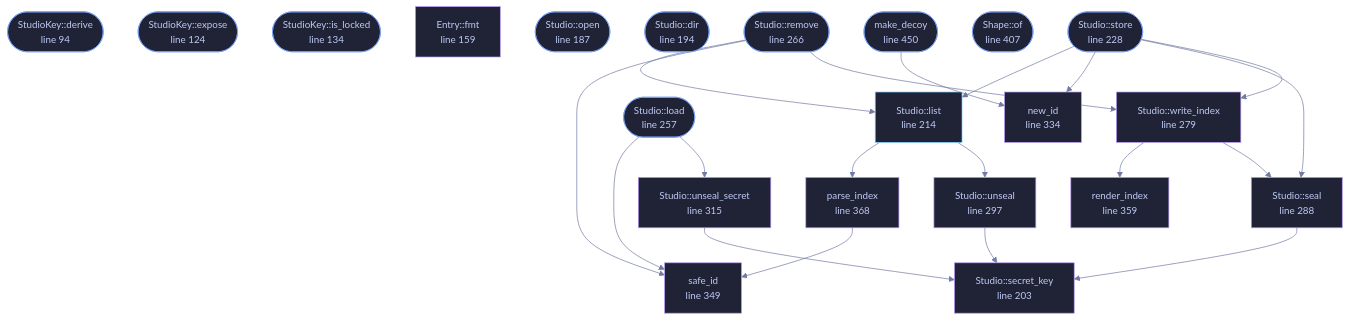
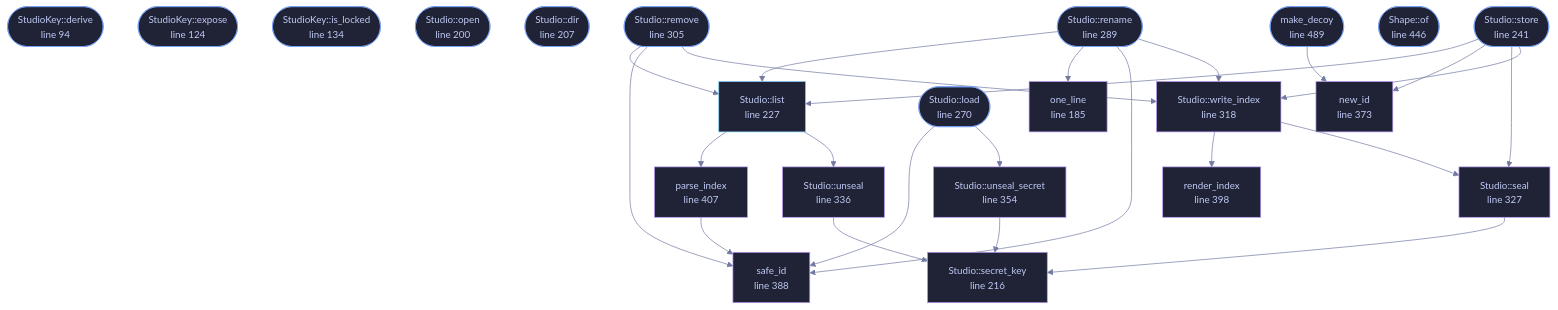
Before and after one commit to tilas01/veilvoice: the diagram in wiki/File-veilvoice-crypto-studio.md, drawn with Mermaid. The commit also changed other lines of this file and 81 other files, not shown here.

````diff
--- a/wiki/File-veilvoice-crypto-studio.md
+++ b/wiki/File-veilvoice-crypto-studio.md
@@ -115,70 +119,76 @@
 ```mermaid
 %%{init: {"theme":"base","themeVariables":{"background":"#1a1b26","primaryColor":"#1f2335","primaryTextColor":"#c0caf5","primaryBorderColor":"#7aa2f7","secondaryColor":"#16161e","tertiaryColor":"#16161e","lineColor":"#737aa2","textColor":"#c0caf5","mainBkg":"#1f2335","nodeBorder":"#7aa2f7","clusterBkg":"#16161e","clusterBorder":"#2f3549","fontFamily":"ui-monospace, SFMono-Regular, Consolas, monospace","fontSize":"14px"}}}%%
 flowchart TD
     n_derive(["StudioKey::derive<br/>line 94"])
     n_expose(["StudioKey::expose<br/>line 124"])
     n_is_locked(["StudioKey::is_locked<br/>line 134"])
-    n_fmt["Entry::fmt<br/>line 159"]
-    n_open(["Studio::open<br/>line 187"])
-    n_dir(["Studio::dir<br/>line 194"])
-    n_secret_key["Studio::secret_key<br/>line 203"]
-    n_list["Studio::list<br/>line 214"]
-    n_store(["Studio::store<br/>line 228"])
-    n_load(["Studio::load<br/>line 257"])
-    n_remove(["Studio::remove<br/>line 266"])
-    n_write_index["Studio::write_index<br/>line 279"]
-    n_seal["Studio::seal<br/>line 288"]
-    n_unseal["Studio::unseal<br/>line 297"]
-    n_unseal_secret["Studio::unseal_secret<br/>line 315"]
-    n_new_id["new_id<br/>line 334"]
-    n_safe_id["safe_id<br/>line 349"]
-    n_render_index["render_index<br/>line 359"]
-    n_parse_index["parse_index<br/>line 368"]
-    n_of(["Shape::of<br/>line 407"])
-    n_make_decoy(["make_decoy<br/>line 450"])
+    n_one_line["one_line<br/>line 185"]
+    n_open(["Studio::open<br/>line 200"])
+    n_dir(["Studio::dir<br/>line 207"])
+    n_secret_key["Studio::secret_key<br/>line 216"]
+    n_list["Studio::list<br/>line 227"]
+    n_store(["Studio::store<br/>line 241"])
+    n_load(["Studio::load<br/>line 270"])
+    n_rename(["Studio::rename<br/>line 289"])
+    n_remove(["Studio::remove<br/>line 305"])
+    n_write_index["Studio::write_index<br/>line 318"]
+    n_seal["Studio::seal<br/>line 327"]
+    n_unseal["Studio::unseal<br/>line 336"]
+    n_unseal_secret["Studio::unseal_secret<br/>line 354"]
+    n_new_id["new_id<br/>line 373"]
+    n_safe_id["safe_id<br/>line 388"]
+    n_render_index["render_index<br/>line 398"]
+    n_parse_index["parse_index<br/>line 407"]
+    n_of(["Shape::of<br/>line 446"])
+    n_make_decoy(["make_decoy<br/>line 489"])
     n_list --> n_parse_index
     n_list --> n_unseal
     n_load --> n_safe_id
     n_load --> n_unseal_secret
     n_make_decoy --> n_new_id
     n_parse_index --> n_safe_id
     n_remove --> n_list
     n_remove --> n_safe_id
     n_remove --> n_write_index
+    n_rename --> n_list
+    n_rename --> n_one_line
+    n_rename --> n_safe_id
+    n_rename --> n_write_index
     n_seal --> n_secret_key
     n_store --> n_list
     n_store --> n_new_id
     n_store --> n_seal
     n_store --> n_write_index
     n_unseal --> n_secret_key
     n_unseal_secret --> n_secret_key
     n_write_index --> n_render_index
     n_write_index --> n_seal
     click n_derive href "https://github.com/tilas01/veilvoice/blob/main/crates/veilvoice-crypto/src/studio.rs#L94" "open the source"
     click n_expose href "https://github.com/tilas01/veilvoice/blob/main/crates/veilvoice-crypto/src/studio.rs#L124" "open the source"
     click n_is_locked href "https://github.com/tilas01/veilvoice/blob/main/crates/veilvoice-crypto/src/studio.rs#L134" "open the source"
-    click n_fmt href "https://github.com/tilas01/veilvoice/blob/main/crates/veilvoice-crypto/src/studio.rs#L159" "open the source"
-    click n_open href "https://github.com/tilas01/veilvoice/blob/main/crates/veilvoice-crypto/src/studio.rs#L187" "open the source"
-    click n_dir href "https://github.com/tilas01/veilvoice/blob/main/crates/veilvoice-crypto/src/studio.rs#L194" "open the source"
-    click n_secret_key href "https://github.com/tilas01/veilvoice/blob/main/crates/veilvoice-crypto/src/studio.rs#L203" "open the source"
-    click n_list href "https://github.com/tilas01/veilvoice/blob/main/crates/veilvoice-crypto/src/studio.rs#L214" "open the source"
-    click n_store href "https://github.com/tilas01/veilvoice/blob/main/crates/veilvoice-crypto/src/studio.rs#L228" "open the source"
-    click n_load href "https://github.com/tilas01/veilvoice/blob/main/crates/veilvoice-crypto/src/studio.rs#L257" "open the source"
-    click n_remove href "https://github.com/tilas01/veilvoice/blob/main/crates/veilvoice-crypto/src/studio.rs#L266" "open the source"
-    click n_write_index href "https://github.com/tilas01/veilvoice/blob/main/crates/veilvoice-crypto/src/studio.rs#L279" "open the source"
-    click n_seal href "https://github.com/tilas01/veilvoice/blob/main/crates/veilvoice-crypto/src/studio.rs#L288" "open the source"
-    click n_unseal href "https://github.com/tilas01/veilvoice/blob/main/crates/veilvoice-crypto/src/studio.rs#L297" "open the source"
-    click n_unseal_secret href "https://github.com/tilas01/veilvoice/blob/main/crates/veilvoice-crypto/src/studio.rs#L315" "open the source"
-    click n_new_id href "https://github.com/tilas01/veilvoice/blob/main/crates/veilvoice-crypto/src/studio.rs#L334" "open the source"
-    click n_safe_id href "https://github.com/tilas01/veilvoice/blob/main/crates/veilvoice-crypto/src/studio.rs#L349" "open the source"
-    click n_render_index href "https://github.com/tilas01/veilvoice/blob/main/crates/veilvoice-crypto/src/studio.rs#L359" "open the source"
-    click n_parse_index href "https://github.com/tilas01/veilvoice/blob/main/crates/veilvoice-crypto/src/studio.rs#L368" "open the source"
-    click n_of href "https://github.com/tilas01/veilvoice/blob/main/crates/veilvoice-crypto/src/studio.rs#L407" "open the source"
-    click n_make_decoy href "https://github.com/tilas01/veilvoice/blob/main/crates/veilvoice-crypto/src/studio.rs#L450" "open the source"
+    click n_one_line href "https://github.com/tilas01/veilvoice/blob/main/crates/veilvoice-crypto/src/studio.rs#L185" "open the source"
+    click n_open href "https://github.com/tilas01/veilvoice/blob/main/crates/veilvoice-crypto/src/studio.rs#L200" "open the source"
+    click n_dir href "https://github.com/tilas01/veilvoice/blob/main/crates/veilvoice-crypto/src/studio.rs#L207" "open the source"
+    click n_secret_key href "https://github.com/tilas01/veilvoice/blob/main/crates/veilvoice-crypto/src/studio.rs#L216" "open the source"
+    click n_list href "https://github.com/tilas01/veilvoice/blob/main/crates/veilvoice-crypto/src/studio.rs#L227" "open the source"
+    click n_store href "https://github.com/tilas01/veilvoice/blob/main/crates/veilvoice-crypto/src/studio.rs#L241" "open the source"
+    click n_load href "https://github.com/tilas01/veilvoice/blob/main/crates/veilvoice-crypto/src/studio.rs#L270" "open the source"
+    click n_rename href "https://github.com/tilas01/veilvoice/blob/main/crates/veilvoice-crypto/src/studio.rs#L289" "open the source"
+    click n_remove href "https://github.com/tilas01/veilvoice/blob/main/crates/veilvoice-crypto/src/studio.rs#L305" "open the source"
+    click n_write_index href "https://github.com/tilas01/veilvoice/blob/main/crates/veilvoice-crypto/src/studio.rs#L318" "open the source"
+    click n_seal href "https://github.com/tilas01/veilvoice/blob/main/crates/veilvoice-crypto/src/studio.rs#L327" "open the source"
+    click n_unseal href "https://github.com/tilas01/veilvoice/blob/main/crates/veilvoice-crypto/src/studio.rs#L336" "open the source"
+    click n_unseal_secret href "https://github.com/tilas01/veilvoice/blob/main/crates/veilvoice-crypto/src/studio.rs#L354" "open the source"
+    click n_new_id href "https://github.com/tilas01/veilvoice/blob/main/crates/veilvoice-crypto/src/studio.rs#L373" "open the source"
+    click n_safe_id href "https://github.com/tilas01/veilvoice/blob/main/crates/veilvoice-crypto/src/studio.rs#L388" "open the source"
+    click n_render_index href "https://github.com/tilas01/veilvoice/blob/main/crates/veilvoice-crypto/src/studio.rs#L398" "open the source"
+    click n_parse_index href "https://github.com/tilas01/veilvoice/blob/main/crates/veilvoice-crypto/src/studio.rs#L407" "open the source"
+    click n_of href "https://github.com/tilas01/veilvoice/blob/main/crates/veilvoice-crypto/src/studio.rs#L446" "open the source"
+    click n_make_decoy href "https://github.com/tilas01/veilvoice/blob/main/crates/veilvoice-crypto/src/studio.rs#L489" "open the source"
     classDef entry fill:#1f2335,stroke:#7aa2f7,color:#c0caf5
-    class n_derive,n_expose,n_is_locked,n_open,n_dir,n_store,n_load,n_remove,n_of,n_make_decoy entry
+    class n_derive,n_expose,n_is_locked,n_open,n_dir,n_store,n_load,n_rename,n_remove,n_of,n_make_decoy entry
     classDef api fill:#1f2335,stroke:#7dcfff,color:#c0caf5
     class n_list api
     classDef helper fill:#1f2335,stroke:#bb9af7,color:#c0caf5
-    class n_fmt,n_secret_key,n_write_index,n_seal,n_unseal,n_unseal_secret,n_new_id,n_safe_id,n_render_index,n_parse_index helper
+    class n_one_line,n_secret_key,n_write_index,n_seal,n_unseal,n_unseal_secret,n_new_id,n_safe_id,n_render_index,n_parse_index helper
 ```
````
